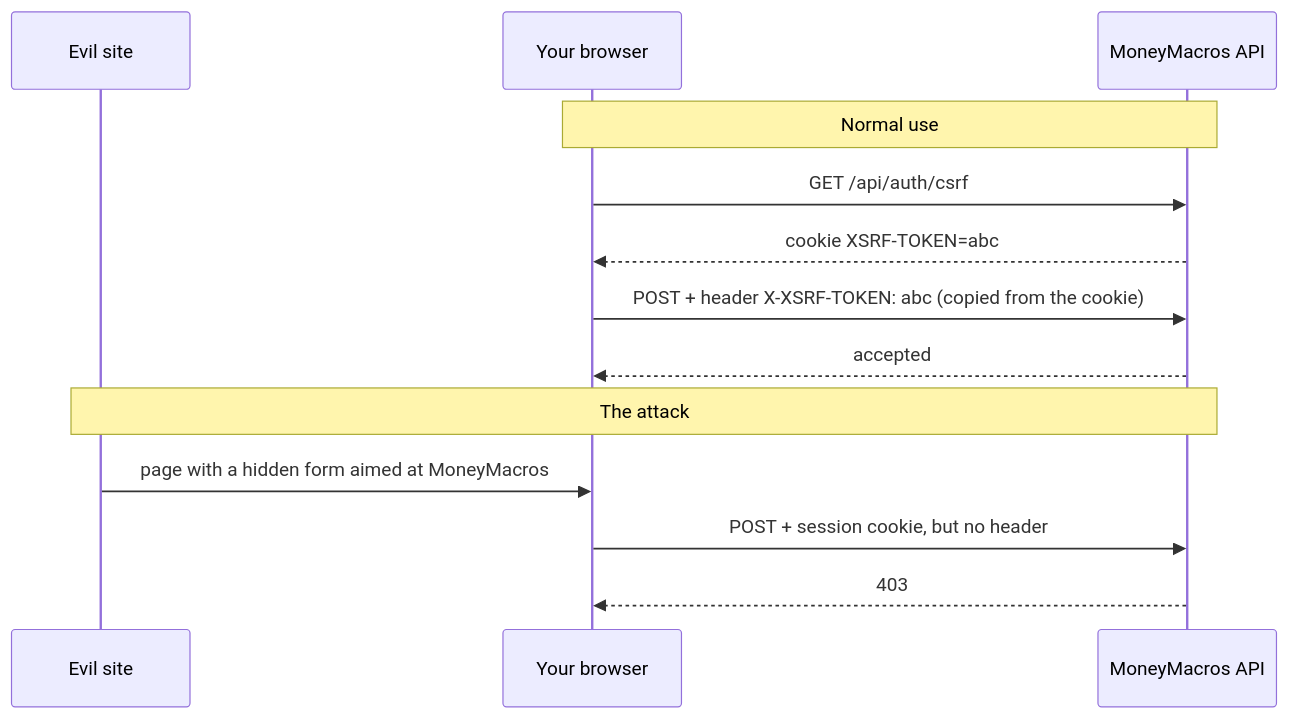
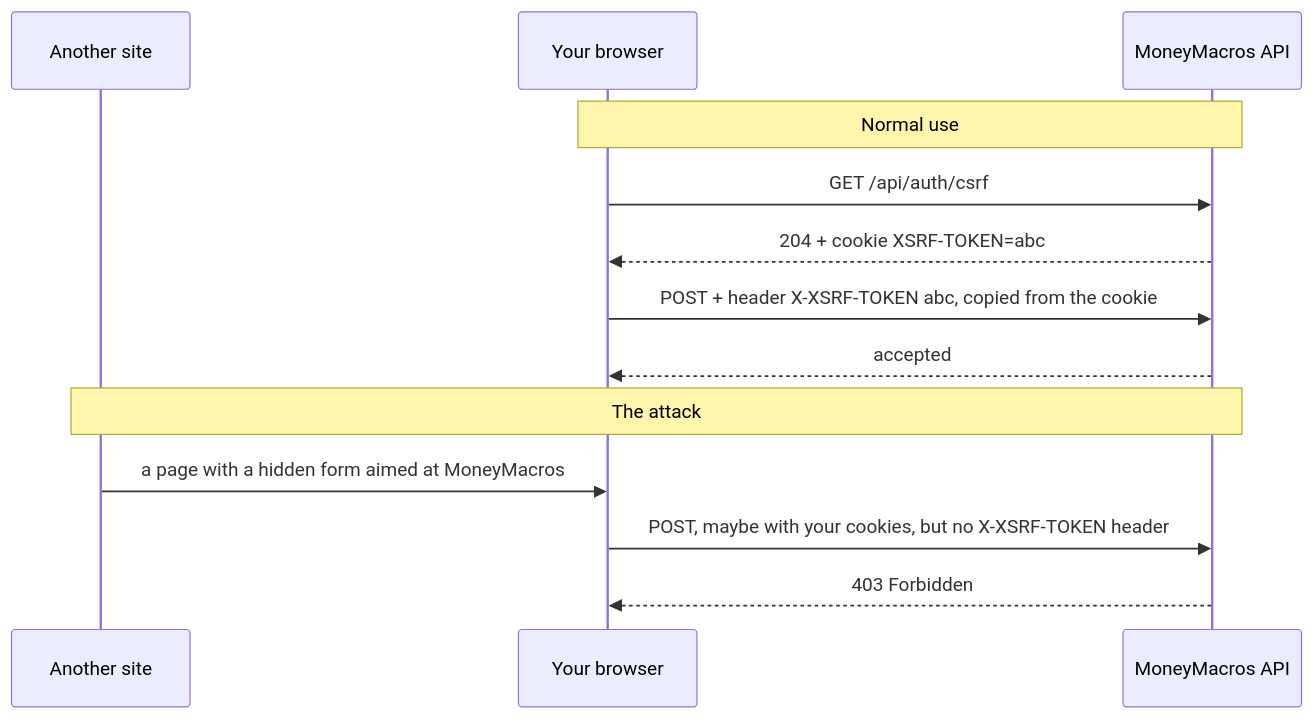
Before and after one commit to ilyas8888/moneymacros: the ninth of 10 diagrams in docs/learned-so-far.md, drawn with Mermaid. The commit also changed other lines of this file, not shown here.

First line of the commit message:
docs: expand the revision sheet with diagrams and self-checks

````diff
--- a/docs/learned-so-far.md
+++ b/docs/learned-so-far.md
@@ -264,15 +378,15 @@
 ```mermaid
 sequenceDiagram
-    participant E as Evil site
+    participant E as Another site
     participant B as Your browser
-    participant M as MoneyMacros API
-    Note over B,M: Normal use
-    B->>M: GET /api/auth/csrf
-    M-->>B: cookie XSRF-TOKEN=abc
-    B->>M: POST + header X-XSRF-TOKEN: abc (copied from the cookie)
-    M-->>B: accepted
-    Note over E,M: The attack
-    E->>B: page with a hidden form aimed at MoneyMacros
-    B->>M: POST + session cookie, but no header
-    M-->>B: 403
+    participant A as MoneyMacros API
+    Note over B,A: Normal use
+    B->>A: GET /api/auth/csrf
+    A-->>B: 204 + cookie XSRF-TOKEN=abc
+    B->>A: POST + header X-XSRF-TOKEN abc, copied from the cookie
+    A-->>B: accepted
+    Note over E,A: The attack
+    E->>B: a page with a hidden form aimed at MoneyMacros
+    B->>A: POST, maybe with your cookies, but no X-XSRF-TOKEN header
+    A-->>B: 403 Forbidden
 ```
````
